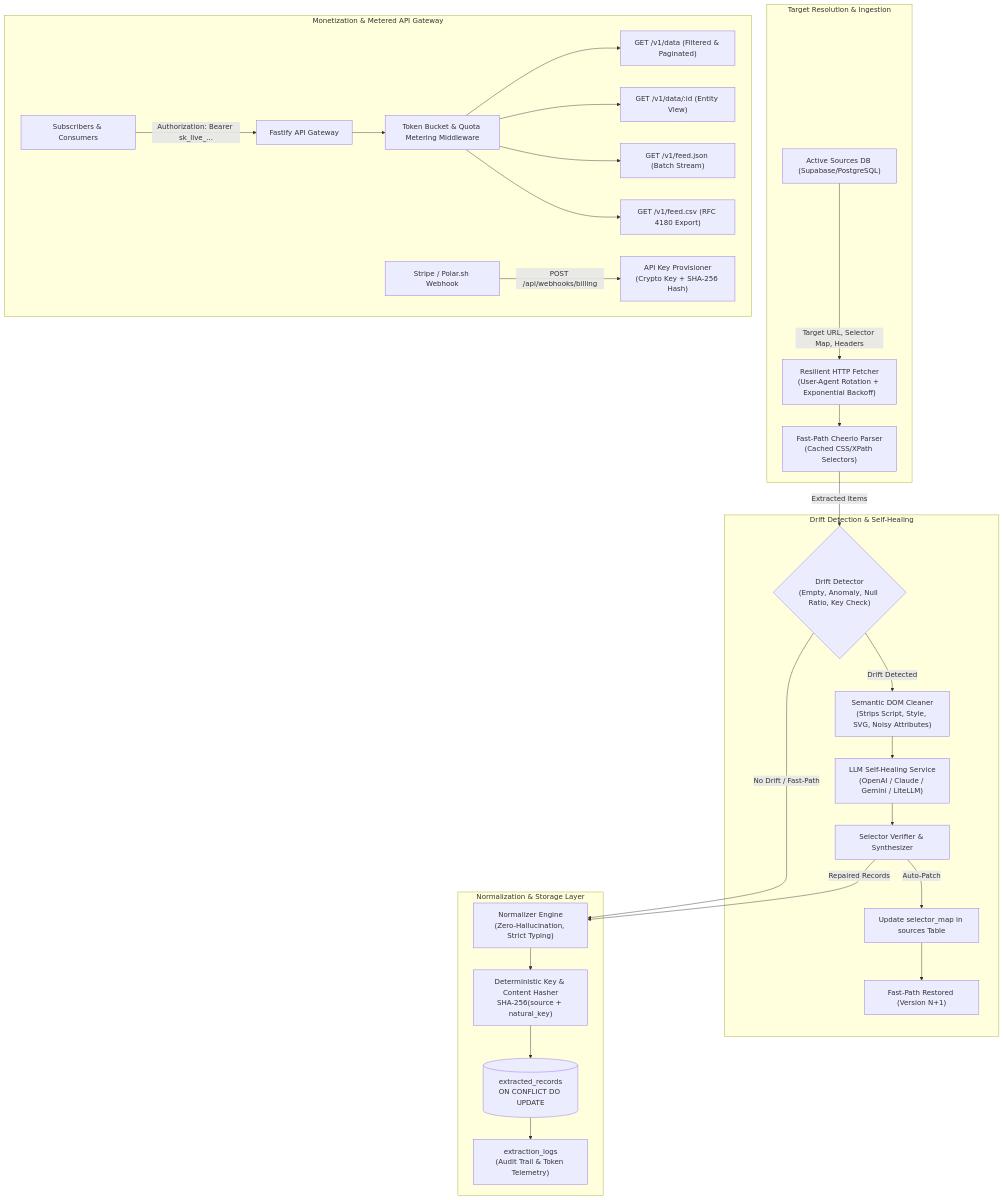
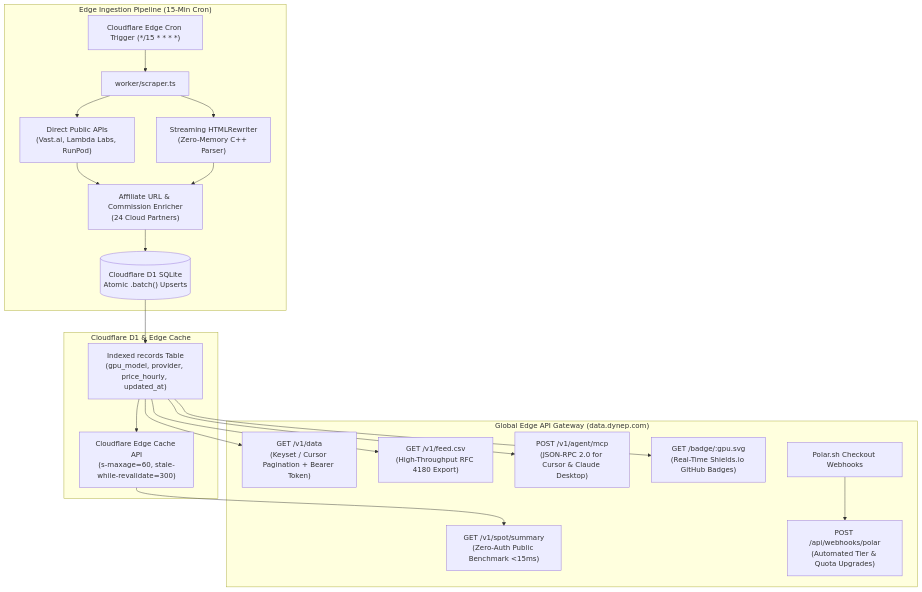
One commit to 18roicohen/valiant-newton changed the diagram in README.md. Above: the diagram before and after it, drawn with Mermaid. The commit also changed other lines of this file and 111 other files, not shown here.

Commit message:
feat(edge): migrate architecture to Cloudflare Workers and D1 database

````diff
--- a/README.md
+++ b/README.md
@@ -9,34 +20,24 @@
 ```mermaid
 flowchart TD
-    subgraph S["Target Resolution & Ingestion"]
-        A["Active Sources DB (Supabase/PostgreSQL)"] -->|Target URL, Selector Map, Headers| B["Resilient HTTP Fetcher\n(User-Agent Rotation + Exponential Backoff)"]
-        B --> C["Fast-Path Cheerio Parser\n(Cached CSS/XPath Selectors)"]
+    subgraph Ingest["Edge Ingestion Pipeline (15-Min Cron)"]
+        A["Cloudflare Edge Cron Trigger (*/15 * * * *)"] --> B["worker/scraper.ts"]
+        B --> C1["Direct Public APIs\n(Vast.ai, Lambda Labs, RunPod)"]
+        B --> C2["Streaming HTMLRewriter\n(Zero-Memory C++ Parser)"]
+        C1 & C2 --> D["Affiliate URL & Commission Enricher\n(24 Cloud Partners)"]
+        D --> E[("Cloudflare D1 SQLite\nAtomic .batch() Upserts")]
     end
 
-    subgraph D["Drift Detection & Self-Healing"]
-        C -->|Extracted Items| E{"Drift Detector\n(Empty, Anomaly, Null Ratio, Key Check)"}
-        E -->|Drift Detected| F["Semantic DOM Cleaner\n(Strips Script, Style, SVG, Noisy Attributes)"]
-        F --> G["LLM Self-Healing Service\n(OpenAI / Claude / Gemini / LiteLLM)"]
-        G --> H["Selector Verifier & Synthesizer"]
-        H -->|Auto-Patch| I["Update selector_map in sources Table"]
-        I --> J["Fast-Path Restored (Version N+1)"]
+    subgraph Storage["Cloudflare D1 & Edge Cache"]
+        E --> F["Indexed records Table\n(gpu_model, provider, price_hourly, updated_at)"]
+        F --> G["Cloudflare Edge Cache API\n(s-maxage=60, stale-while-revalidate=300)"]
     end
 
-    subgraph N["Normalization & Storage Layer"]
-        E -->|No Drift / Fast-Path| K["Normalizer Engine\n(Zero-Hallucination, Strict Typing)"]
-        H -->|Repaired Records| K
-        K --> L["Deterministic Key & Content Hasher\nSHA-256(source + natural_key)"]
-        L --> M[("extracted_records\nON CONFLICT DO UPDATE")]
-        M --> O["extraction_logs\n(Audit Trail & Token Telemetry)"]
-    end
-
-    subgraph GAT["Monetization & Metered API Gateway"]
-        P["Subscribers & Consumers"] -->|Authorization: Bearer sk_live_...| Q["Fastify API Gateway"]
-        Q --> R["Token Bucket & Quota Metering Middleware"]
-        R --> S1["GET /v1/data (Filtered & Paginated)"]
-        R --> S2["GET /v1/data/:id (Entity View)"]
-        R --> S3["GET /v1/feed.json (Batch Stream)"]
-        R --> S4["GET /v1/feed.csv (RFC 4180 Export)"]
-        T["Stripe / Polar.sh Webhook"] -->|POST /api/webhooks/billing| U["API Key Provisioner\n(Crypto Key + SHA-256 Hash)"]
+    subgraph Gateway["Global Edge API Gateway (data.dynep.com)"]
+        G --> H1["GET /v1/spot/summary\n(Zero-Auth Public Benchmark <15ms)"]
+        F --> H2["GET /v1/data\n(Keyset / Cursor Pagination + Bearer Token)"]
+        F --> H3["GET /v1/feed.csv\n(High-Throughput RFC 4180 Export)"]
+        F --> H4["POST /v1/agent/mcp\n(JSON-RPC 2.0 for Cursor & Claude Desktop)"]
+        F --> H5["GET /badge/:gpu.svg\n(Real-Time Shields.io GitHub Badges)"]
+        I["Polar.sh Checkout Webhooks"] --> H6["POST /api/webhooks/polar\n(Automated Tier & Quota Upgrades)"]
     end
 ```
````
